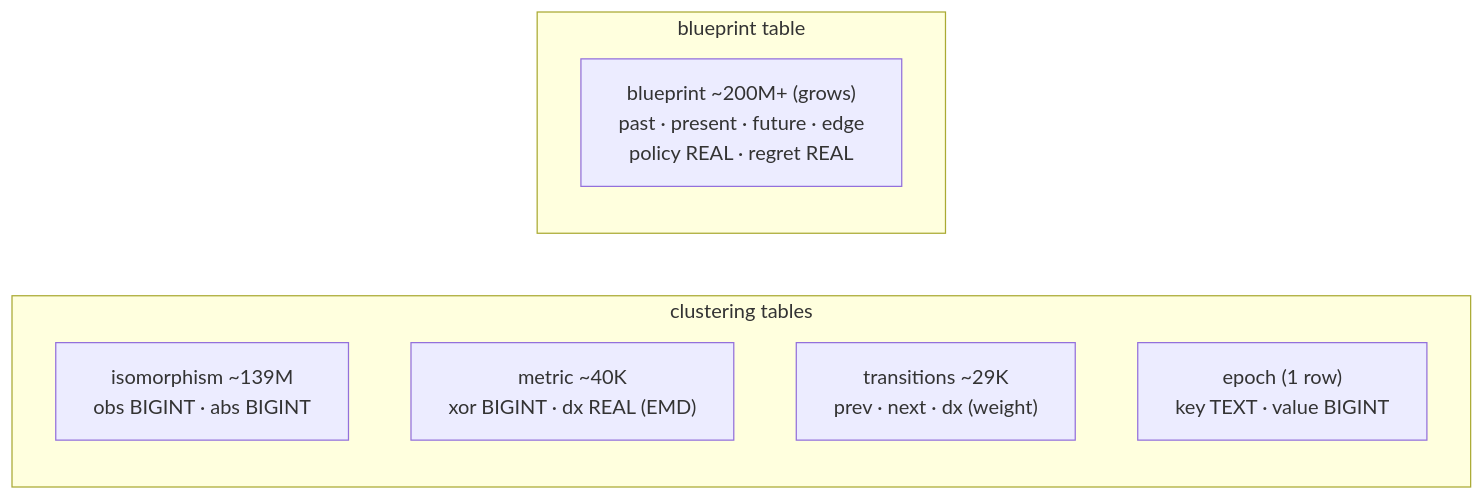
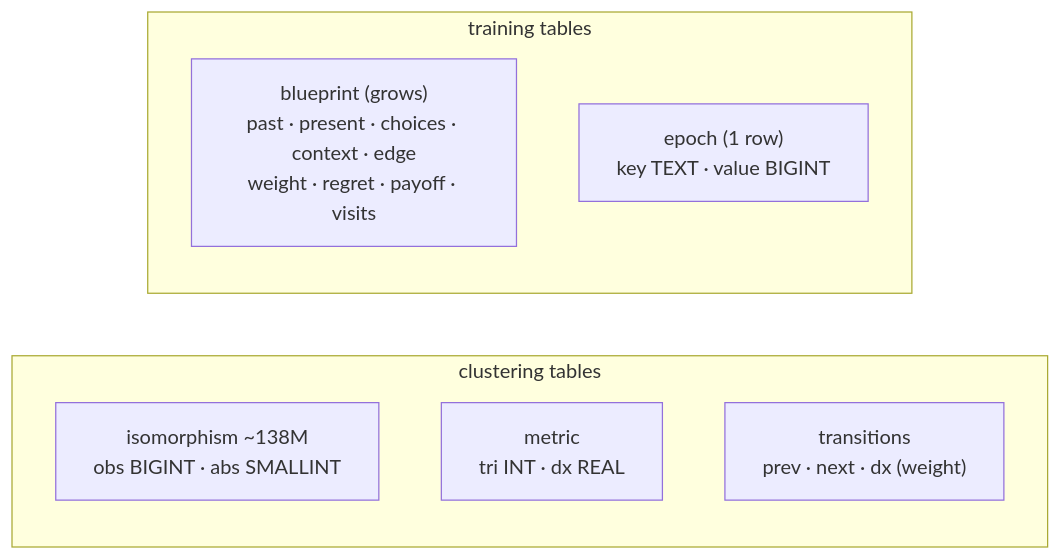
Before and after one commit to krukah/robopoker: the eighth of 9 diagrams in crates/forge/README.md, drawn with Mermaid. The commit also changed other lines of this file and 26 other files, not shown here.

````diff
--- a/crates/forge/README.md
+++ b/crates/forge/README.md
@@ -170,12 +183,12 @@
 ```mermaid
 flowchart LR
   subgraph CL["clustering tables"]
-    iso["isomorphism ~139M<br/>obs BIGINT · abs BIGINT"]
-    met["metric ~40K<br/>xor BIGINT · dx REAL (EMD)"]
-    tr["transitions ~29K<br/>prev · next · dx (weight)"]
+    iso["isomorphism ~138M<br/>obs BIGINT · abs SMALLINT"]
+    met["metric<br/>tri INT · dx REAL"]
+    tr["transitions<br/>prev · next · dx (weight)"]
+  end
+  subgraph BP["training tables"]
+    bp["blueprint (grows)<br/>past · present · choices · context · edge<br/>weight · regret · payoff · visits"]
     ep["epoch (1 row)<br/>key TEXT · value BIGINT"]
   end
-  subgraph BP["blueprint table"]
-    bp["blueprint ~200M+ (grows)<br/>past · present · future · edge<br/>policy REAL · regret REAL"]
-  end
 ```
````
